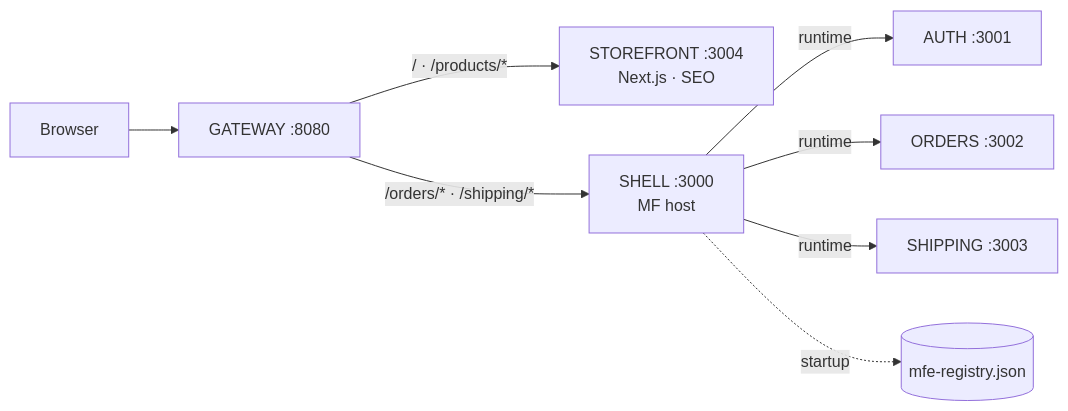
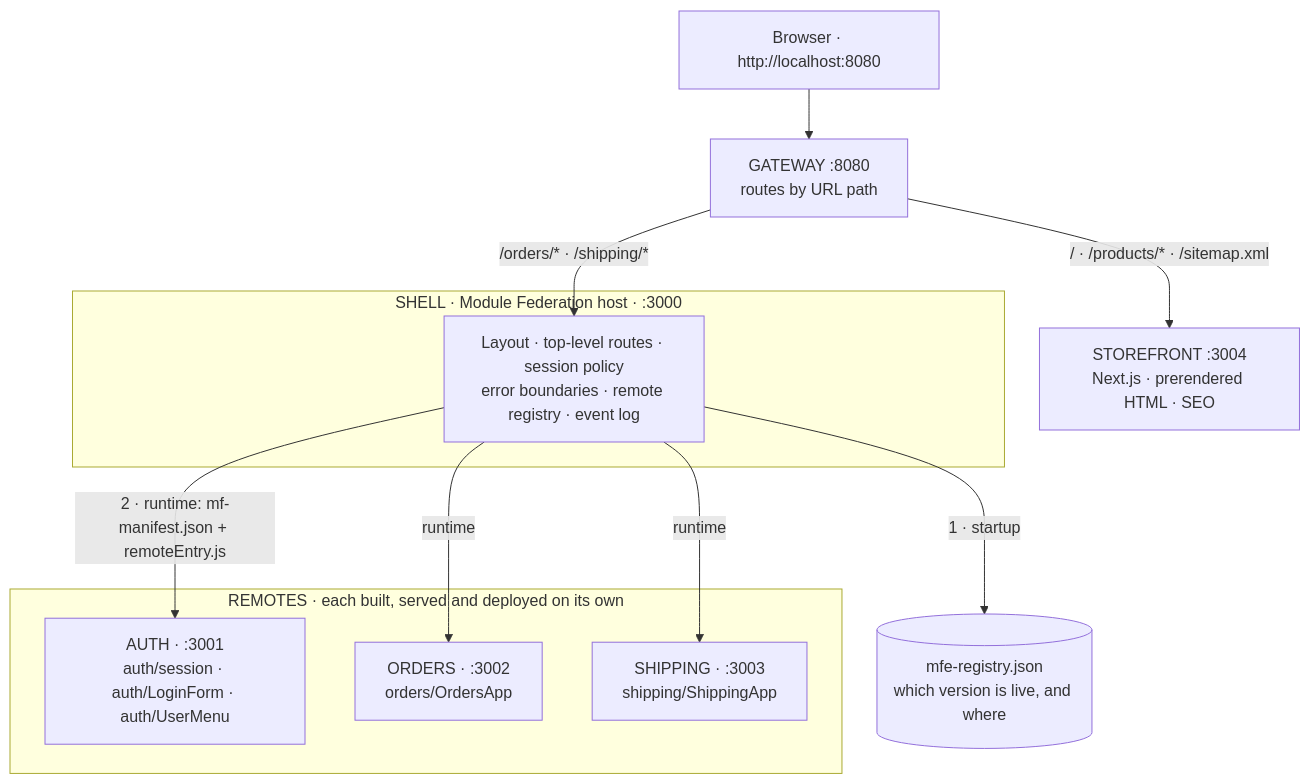
The first of 2 diagrams in micro-shop/README.md (alireza-akbarzadeh/mciro), drawn with Mermaid before and after one commit. The commit also changed other lines of this file and 2 other files, not shown here.

````diff
--- a/micro-shop/README.md
+++ b/micro-shop/README.md
@@ -12,10 +82,24 @@
 ```mermaid
-flowchart LR
-    browser["Browser"] --> gw["GATEWAY :8080"]
-    gw -- "/ · /products/*" --> sf["STOREFRONT :3004<br/>Next.js · SEO"]
-    gw -- "/orders/* · /shipping/*" --> shell["SHELL :3000<br/>MF host"]
-    shell -- runtime --> auth["AUTH :3001"]
-    shell -- runtime --> orders["ORDERS :3002"]
-    shell -- runtime --> shipping["SHIPPING :3003"]
-    shell -. startup .-> reg[("mfe-registry.json")]
+flowchart TB
+    browser["Browser · http://localhost:8080"] --> gateway["GATEWAY :8080<br/>routes by URL path"]
+
+    gateway -- "/ · /products/* · /sitemap.xml" --> storefront["STOREFRONT :3004<br/>Next.js · prerendered HTML · SEO"]
+    gateway -- "/orders/* · /shipping/*" --> shell
+
+    subgraph shellBox["SHELL · Module Federation host · :3000"]
+        shell["Layout · top-level routes · session policy<br/>error boundaries · remote registry · event log"]
+    end
+
+    subgraph remotesBox["REMOTES · each built, served and deployed on its own"]
+        auth["AUTH · :3001<br/>auth/session · auth/LoginForm · auth/UserMenu"]
+        orders["ORDERS · :3002<br/>orders/OrdersApp"]
+        shipping["SHIPPING · :3003<br/>shipping/ShippingApp"]
+    end
+
+    registry[("mfe-registry.json<br/>which version is live, and where")]
+
+    shell -- "1 · startup" --> registry
+    shell -- "2 · runtime: mf-manifest.json + remoteEntry.js" --> auth
+    shell -- "runtime" --> orders
+    shell -- "runtime" --> shipping
 ```
````
